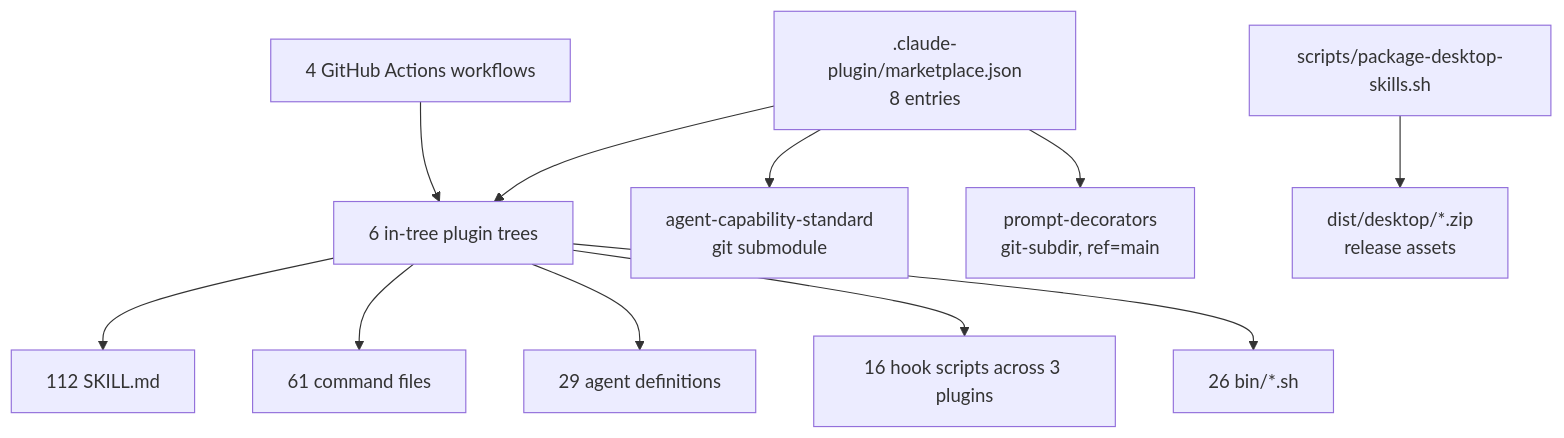
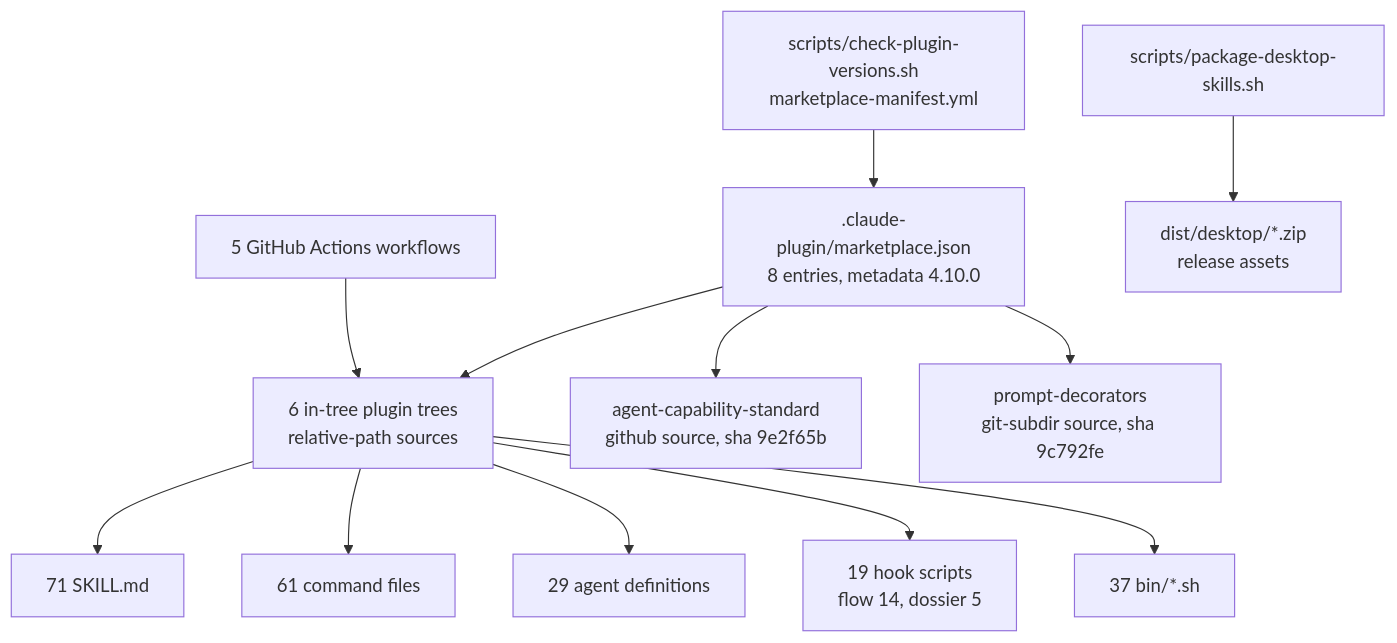
The second of 3 diagrams in docs/dossier/02-architecture/system-architecture.md (synaptiai/synapti-marketplace), drawn with Mermaid before and after one commit. The commit also changed other lines of this file and 27 other files, not shown here.

First line of the commit message:
docs(dossier): refresh the documentation package, audit it twice, and record a failing gate (#181)

````diff
--- a/docs/dossier/02-architecture/system-architecture.md
+++ b/docs/dossier/02-architecture/system-architecture.md
@@ -67,13 +95,14 @@
 ```mermaid
 graph TD
-  manifest[".claude-plugin/marketplace.json<br/>8 entries"] --> intree["6 in-tree plugin trees"]
-  manifest --> sub["agent-capability-standard<br/>git submodule"]
-  manifest --> subdir["prompt-decorators<br/>git-subdir, ref=main"]
-  intree --> skills["112 SKILL.md"]
+  manifest[".claude-plugin/marketplace.json<br/>8 entries, metadata 4.10.0"] --> intree["6 in-tree plugin trees<br/>relative-path sources"]
+  manifest --> gh["agent-capability-standard<br/>github source, sha 9e2f65b"]
+  manifest --> subdir["prompt-decorators<br/>git-subdir source, sha 9c792fe"]
+  intree --> skills["71 SKILL.md"]
   intree --> cmds["61 command files"]
   intree --> agents["29 agent definitions"]
-  intree --> hooks["16 hook scripts across 3 plugins"]
-  intree --> bin["26 bin/*.sh"]
-  wf["4 GitHub Actions workflows"] --> intree
-  scripts["scripts/package-desktop-skills.sh"] --> dist["dist/desktop/*.zip<br/>release assets"]
+  intree --> hooks["19 hook scripts<br/>flow 14, dossier 5"]
+  intree --> bin["37 bin/*.sh"]
+  wf["5 GitHub Actions workflows"] --> intree
+  check["scripts/check-plugin-versions.sh<br/>marketplace-manifest.yml"] --> manifest
+  pkg["scripts/package-desktop-skills.sh"] --> dist["dist/desktop/*.zip<br/>release assets"]
 ```
````
